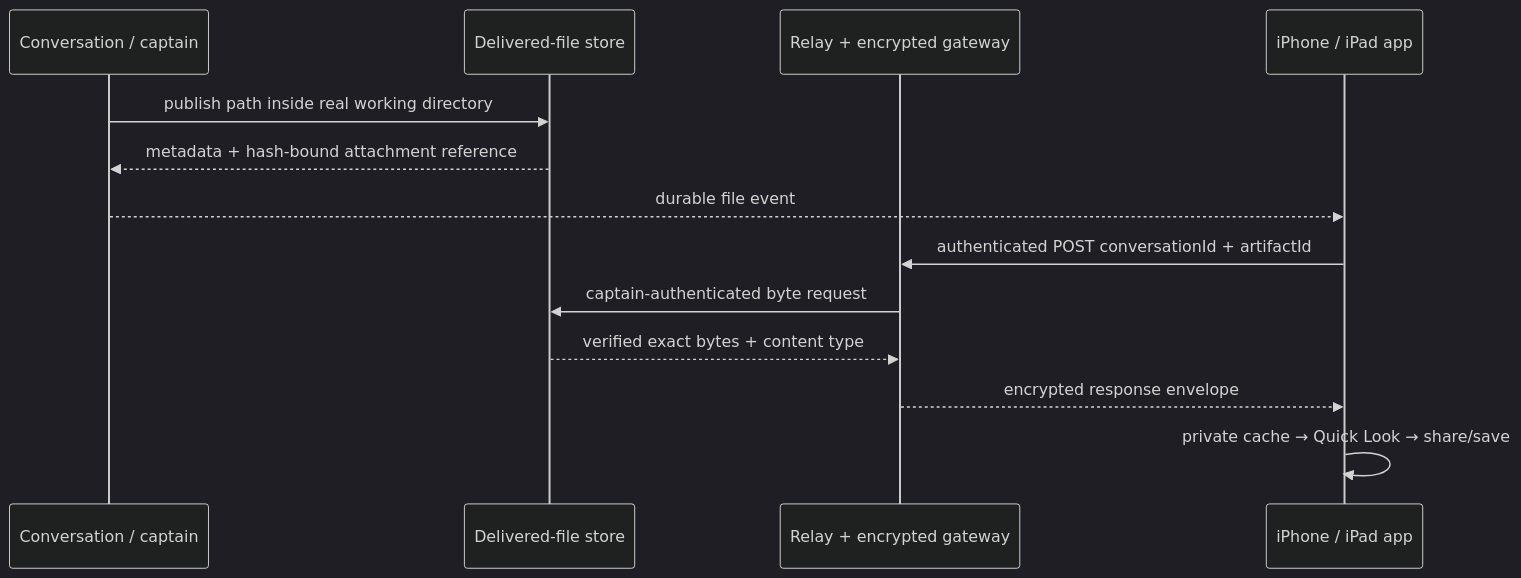
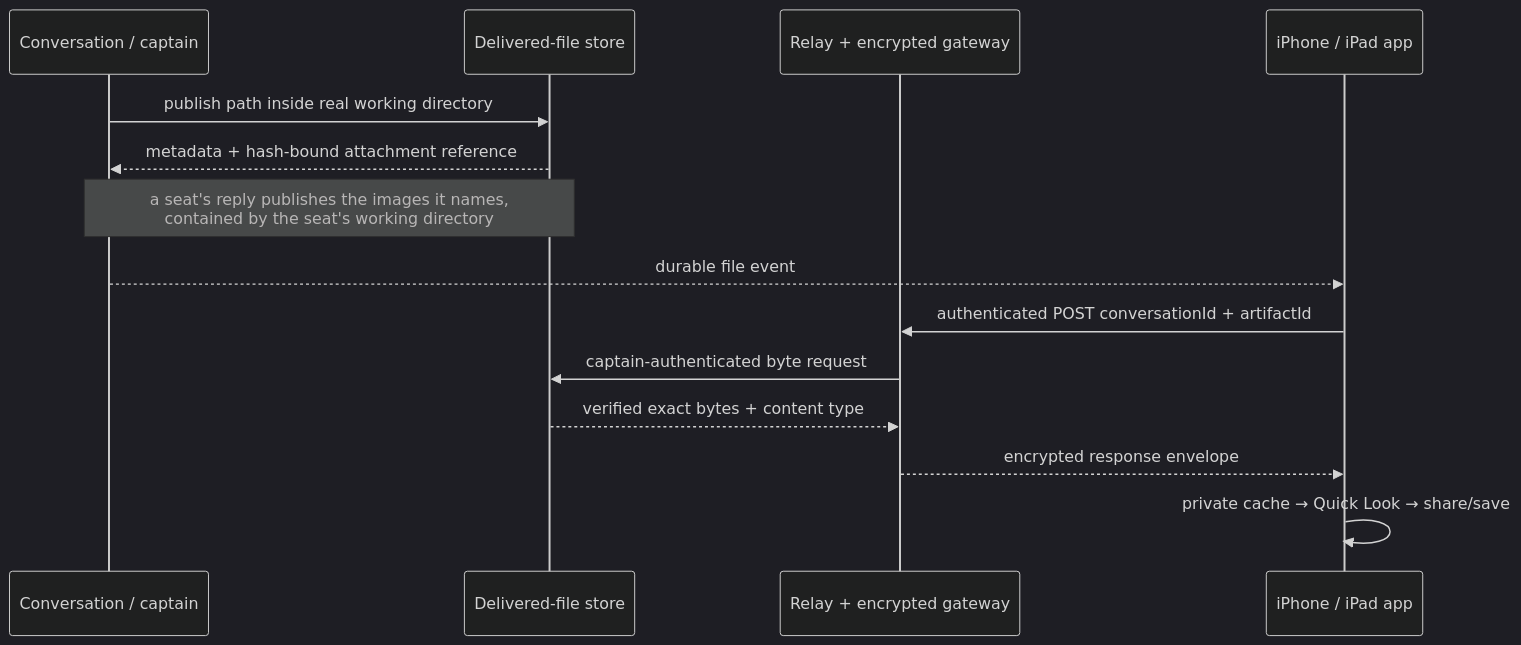
Before and after one commit to Volpestyle/clankie: the diagram in docs/adr/0174-finished-files-belong-to-conversations.md, drawn with Mermaid (dark theme). The commit also changed other lines of this file and 4 other files, not shown here.

First line of the commit message:
feat(conversations): deliver the images a seat names into its DM

````diff
--- a/docs/adr/0174-finished-files-belong-to-conversations.md
+++ b/docs/adr/0174-finished-files-belong-to-conversations.md
@@ -39,15 +52,16 @@
 ```mermaid
 sequenceDiagram
     participant C as Conversation / captain
     participant S as Delivered-file store
     participant R as Relay + encrypted gateway
     participant A as iPhone / iPad app
     C->>S: publish path inside real working directory
     S-->>C: metadata + hash-bound attachment reference
+    Note over C,S: a seat's reply publishes the images it names,<br/>contained by the seat's working directory
     C-->>A: durable file event
     A->>R: authenticated POST conversationId + artifactId
     R->>S: captain-authenticated byte request
     S-->>R: verified exact bytes + content type
     R-->>A: encrypted response envelope
     A->>A: private cache → Quick Look → share/save
 ```
````
